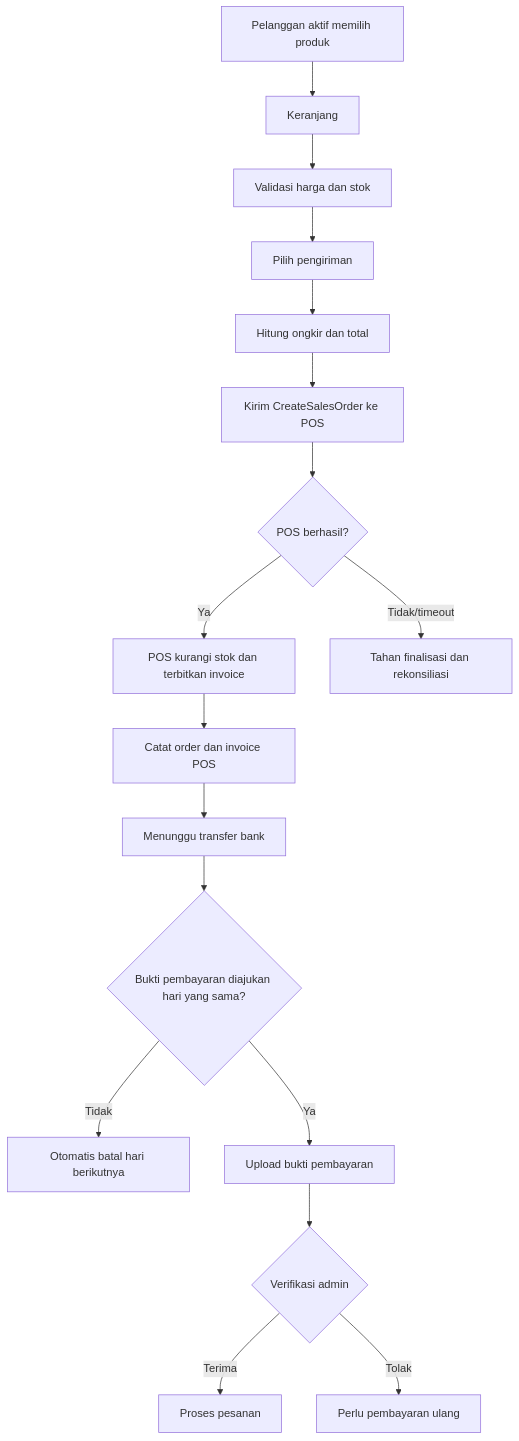
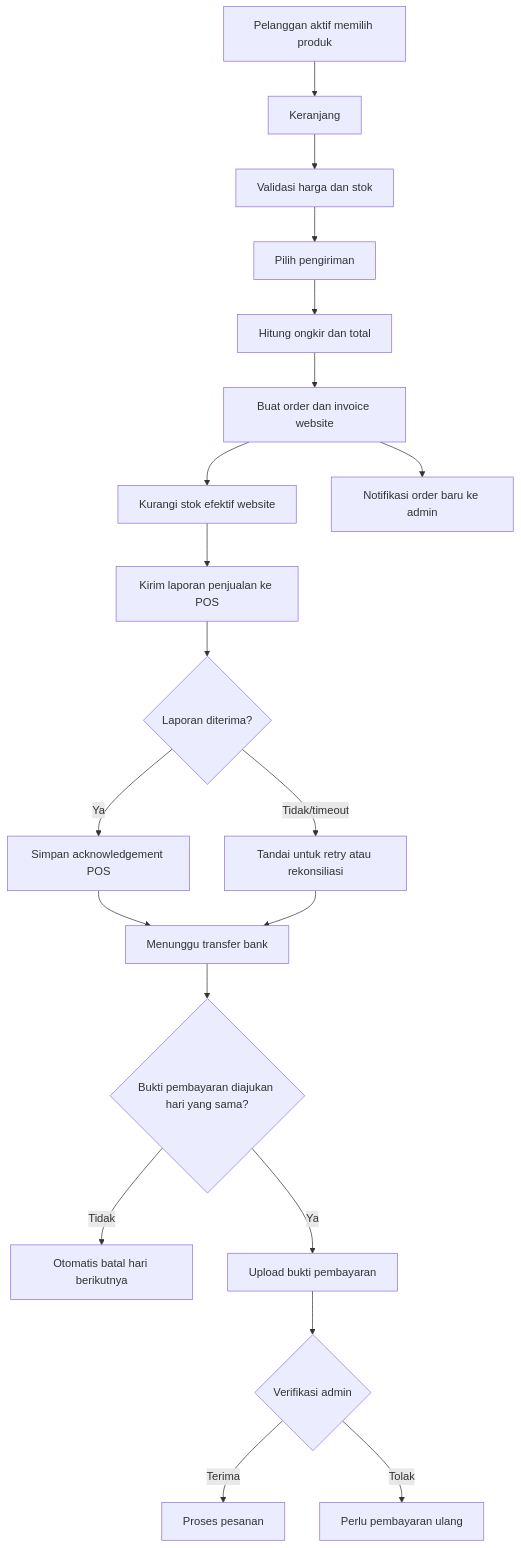
Before and after one commit to Webekspres/pixel-komunika: the third of 4 diagrams in docs/requirements/BRD.md, drawn with Mermaid. The commit also changed other lines of this file and 7 other files, not shown here.

Commit message:
docs: align web-owned sales and fulfillment flow

````diff
--- a/docs/requirements/BRD.md
+++ b/docs/requirements/BRD.md
@@ -306,19 +315,22 @@
 ```mermaid
 flowchart TD
     A[Pelanggan aktif memilih produk] --> B[Keranjang]
     B --> C[Validasi harga dan stok]
     C --> D[Pilih pengiriman]
     D --> E[Hitung ongkir dan total]
-    E --> F[Kirim CreateSalesOrder ke POS]
-    F --> L{POS berhasil?}
-    L -->|Ya| M[POS kurangi stok dan terbitkan invoice]
-    L -->|Tidak/timeout| N[Tahan finalisasi dan rekonsiliasi]
-    M --> G[Catat order dan invoice POS]
-    G --> O[Menunggu transfer bank]
+    E --> F[Buat order dan invoice website]
+    F --> G[Kurangi stok efektif website]
+    G --> N[Kirim laporan penjualan ke POS]
+    N --> L{Laporan diterima?}
+    L -->|Ya| M[Simpan acknowledgement POS]
+    L -->|Tidak/timeout| P[Tandai untuk retry atau rekonsiliasi]
+    M --> O[Menunggu transfer bank]
+    P --> O
+    F --> Q[Notifikasi order baru ke admin]
     O --> X{Bukti pembayaran diajukan hari yang sama?}
     X -->|Tidak| Y[Otomatis batal hari berikutnya]
     X -->|Ya| H[Upload bukti pembayaran]
     H --> I{Verifikasi admin}
     I -->|Terima| J[Proses pesanan]
     I -->|Tolak| K[Perlu pembayaran ulang]
 ```
````
